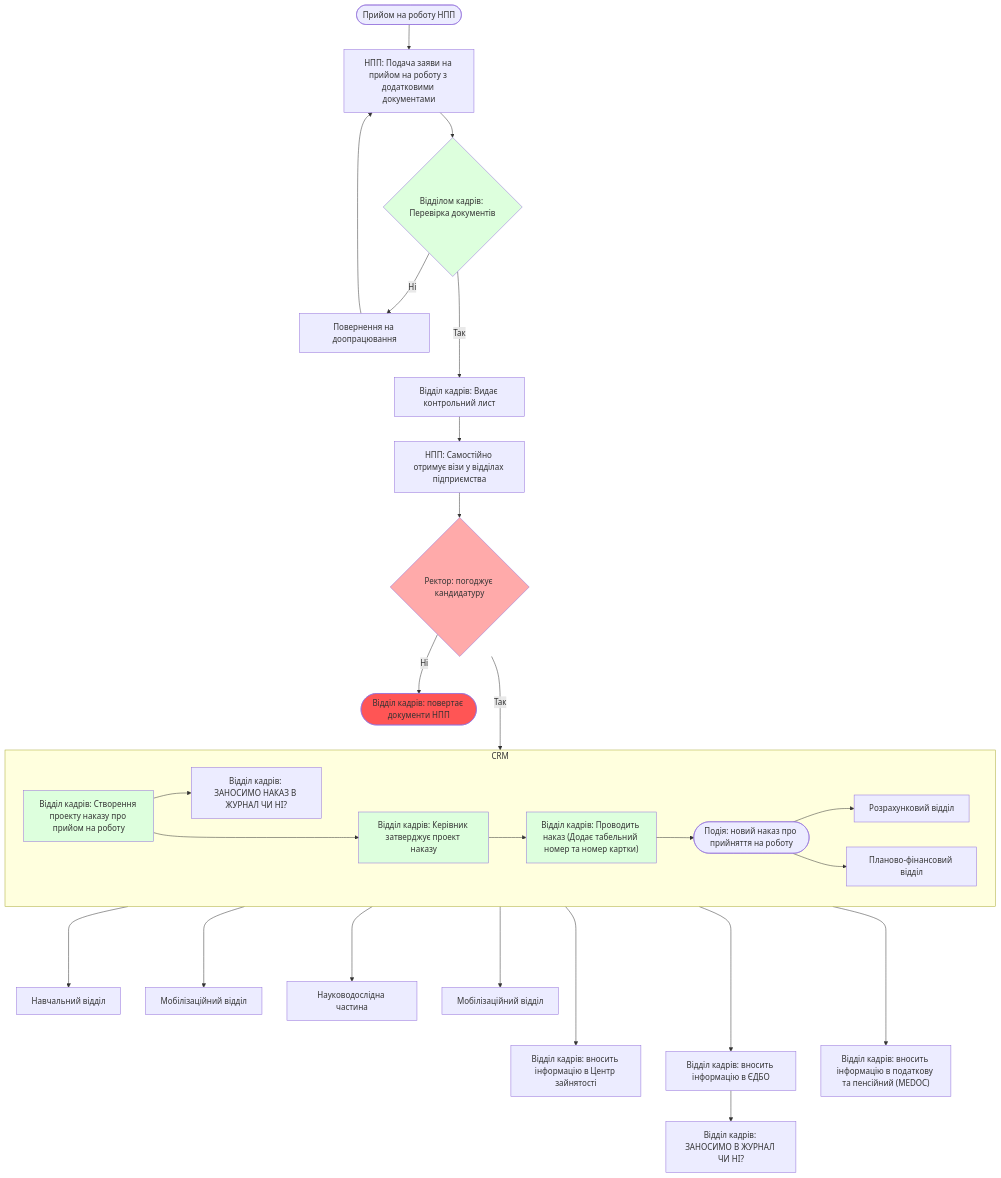
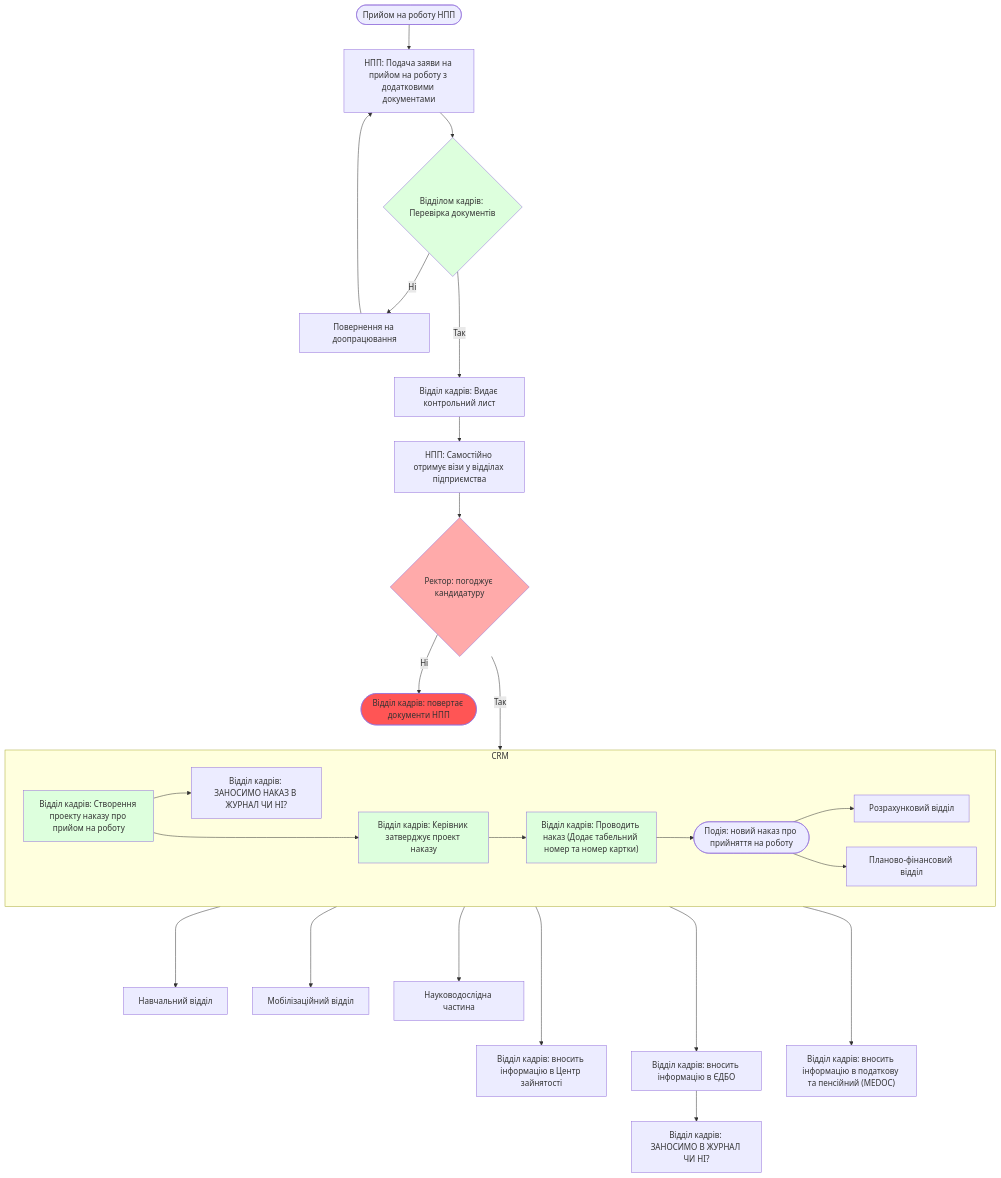
One commit to lisnayk/hr-workflows changed the first of 2 diagrams in processes/onboarding/npp.md. Above: the diagram before and after it, drawn with Mermaid.

````diff
--- a/processes/onboarding/npp.md
+++ b/processes/onboarding/npp.md
@@ -26,39 +26,38 @@
 ```mermaid
 flowchart TB
     TITLE(["Прийом на роботу НПП"])
     TITLE --> APPLICATION["НПП: Подача заяви на прийом на роботу з додатковими документами"]
     APPLICATION --> R1{"Відділом кадрів: Перевірка документів"}
     R1 -- " Ні " --> NOT_VALID["Повернення на доопрацювання"]
     R1 -- " Так " ---> CHECK_LIST["Відділ кадрів: Видає контрольний лист"]
     NOT_VALID --> APPLICATION
     CHECK_LIST --> SIGNS["НПП: Самостійно отримує візи у відділах підприємства"]
     SIGNS --> R2{"Ректор: погоджує кандидатуру"}
     subgraph "CRM"
         direction LR
         APPROVE["Відділ кадрів: Створення проекту наказу про прийом на роботу"]
         APPROVE --> REPORT["Відділ кадрів: ЗАНОСИМО НАКАЗ В ЖУРНАЛ ЧИ НІ?"]
         APPROVE ---> HEAD_APPROVE["Відділ кадрів: Керівник затверджує проект наказу"]
         HEAD_APPROVE --> PROVODKA["Відділ кадрів: Проводить наказ (Додає табельний номер та номер картки)"]
         PROVODKA --> EVENT_CREATED(["Подія: новий наказ про прийняття на роботу"])
         EVENT_CREATED --> V1["Розрахунковий відділ"]
         EVENT_CREATED --> V2["Планово-фінансовий відділ"]
     end
     R2 -- " Ні " --> REJECT(["Відділ кадрів: повертає документи НПП"])
     R2 -- " Так " ---> CRM
 
 
     PROVODKA ----> V3["Навчальний відділ"]
     PROVODKA ----> V4["Мобілізаційний відділ"]
     PROVODKA ----> V5["Науководослідна частина"]
-    PROVODKA ----> V7["Мобілізаційний відділ"]
     PROVODKA -----> EXT0["Відділ кадрів: вносить інформацію в Центр зайнятості"]
     PROVODKA -----> EXT1["Відділ кадрів: вносить інформацію в ЄДБО"]
     PROVODKA -----> EXT2["Відділ кадрів: вносить інформацію в податкову та пенсійний (MEDOC)"]
     EXT1 --> REPORT2["Відділ кадрів: ЗАНОСИМО В ЖУРНАЛ ЧИ НІ?"]
     style REJECT fill: #f55
     style R1 fill: #dfd
     style PROVODKA fill: #dfd
     style HEAD_APPROVE fill: #dfd
     style APPROVE fill: #dfd
     style R2 fill: #faa
 ```
````
